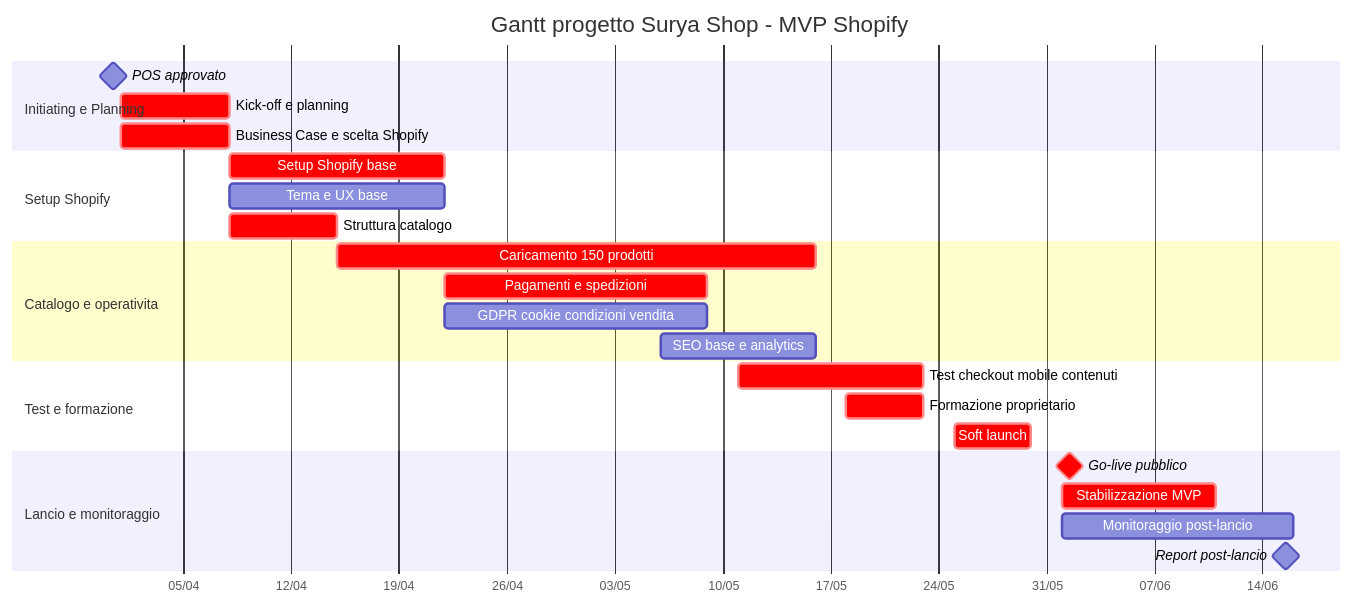
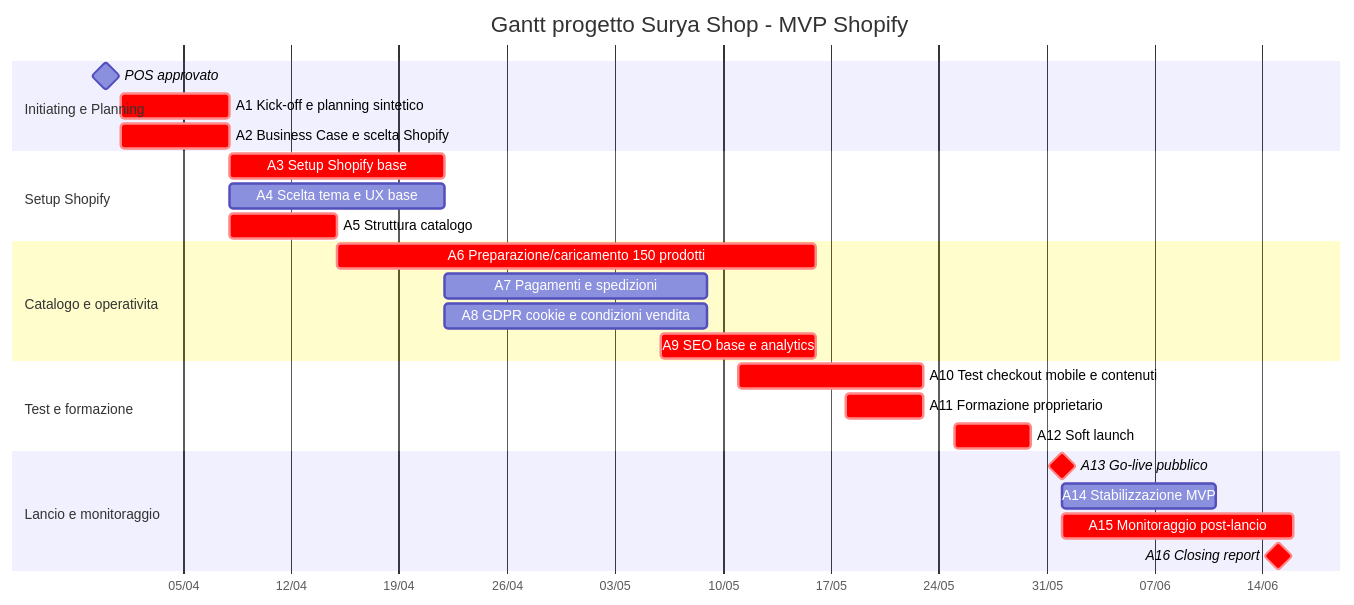
Before and after one commit to AlexTesta00/PM-Surya: the first of 2 diagrams in docs/gant_pert_pn.md, drawn with Mermaid. The commit also changed other lines of this file and 5 other files, not shown here.

```diff
--- a/docs/gant_pert_pn.md
+++ b/docs/gant_pert_pn.md
@@ -54,33 +54,33 @@
 ~~~mermaid
 gantt
     title Gantt progetto Surya Shop - MVP Shopify
     dateFormat  YYYY-MM-DD
     axisFormat  %d/%m
 
     section Initiating e Planning
-    POS approvato                         :milestone, m1, 2026-03-31, 1d
-    Kick-off e planning                   :crit, a1, 2026-04-01, 7d
-    Business Case e scelta Shopify        :crit, a2, 2026-04-01, 7d
+    POS approvato                         :milestone, m1, 2026-03-31, 0d
+    A1 Kick-off e planning sintetico      :crit, a1, 2026-04-01, 7d
+    A2 Business Case e scelta Shopify     :crit, a2, 2026-04-01, 7d
 
     section Setup Shopify
-    Setup Shopify base                    :crit, a3, 2026-04-08, 14d
-    Tema e UX base                        :a4, 2026-04-08, 14d
-    Struttura catalogo                    :crit, a5, 2026-04-08, 7d
+    A3 Setup Shopify base                 :crit, a3, 2026-04-08, 14d
+    A4 Scelta tema e UX base              :a4, 2026-04-08, 14d
+    A5 Struttura catalogo                 :crit, a5, 2026-04-08, 7d
 
     section Catalogo e operativita
-    Caricamento 150 prodotti              :crit, a6, 2026-04-15, 31d
-    Pagamenti e spedizioni                :crit, a7, 2026-04-22, 17d
-    GDPR cookie condizioni vendita        :a8, 2026-04-22, 17d
-    SEO base e analytics                  :a9, 2026-05-06, 10d
+    A6 Preparazione/caricamento 150 prodotti :crit, a6, 2026-04-15, 31d
+    A7 Pagamenti e spedizioni             :a7, 2026-04-22, 17d
+    A8 GDPR cookie e condizioni vendita   :a8, 2026-04-22, 17d
+    A9 SEO base e analytics               :crit, a9, 2026-05-06, 10d
 
     section Test e formazione
-    Test checkout mobile contenuti        :crit, a10, 2026-05-11, 12d
-    Formazione proprietario               :crit, a11, 2026-05-18, 5d
-    Soft launch                           :crit, a12, 2026-05-25, 5d
+    A10 Test checkout mobile e contenuti  :crit, a10, 2026-05-11, 12d
+    A11 Formazione proprietario           :crit, a11, 2026-05-18, 5d
+    A12 Soft launch                       :crit, a12, 2026-05-25, 5d
 
     section Lancio e monitoraggio
-    Go-live pubblico                      :milestone, crit, m10, 2026-06-01, 1d
-    Stabilizzazione MVP                   :crit, a14, 2026-06-01, 10d
-    Monitoraggio post-lancio              :a15, 2026-06-01, 15d
-    Report post-lancio                    :milestone, m12, 2026-06-15, 1d
+    A13 Go-live pubblico                  :milestone, crit, a13, 2026-06-01, 0d
+    A14 Stabilizzazione MVP               :a14, 2026-06-01, 10d
+    A15 Monitoraggio post-lancio          :crit, a15, 2026-06-01, 15d
+    A16 Closing report                    :milestone, crit, a16, 2026-06-15, 0d
 ~~~
```
